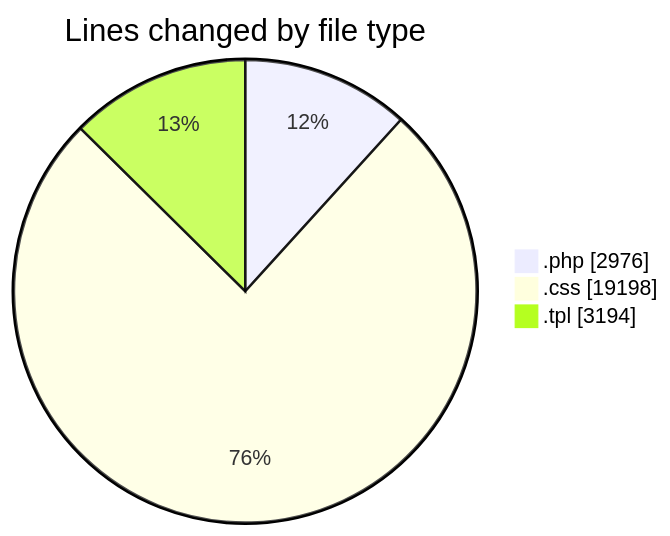
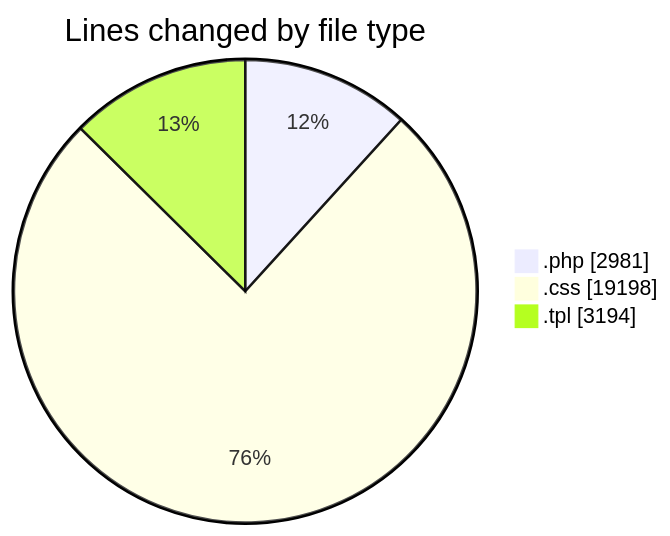
Before and after one commit to vahidmafi/code-tracking: the first of 2 diagrams in 2025-03-23/zeytoon/README.md, drawn with Mermaid. The commit also changed other lines of this file and 1 other file, not shown here.

````diff
--- a/2025-03-23/zeytoon/README.md
+++ b/2025-03-23/zeytoon/README.md
@@ -28,7 +28,7 @@
 ```mermaid
 pie showData
 title Lines changed by file type
-".php" : 2976
+".php" : 2981
 ".css" : 19198
 ".tpl" : 3194
 ```
````
